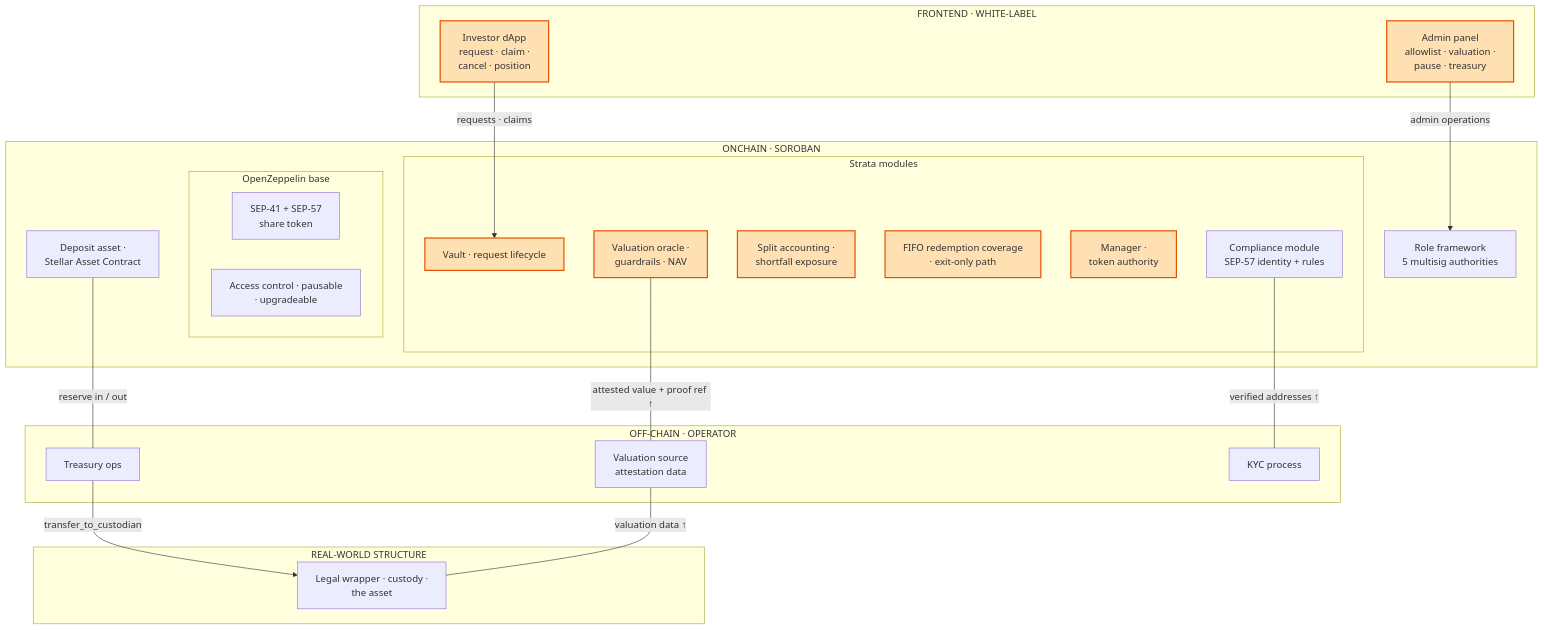
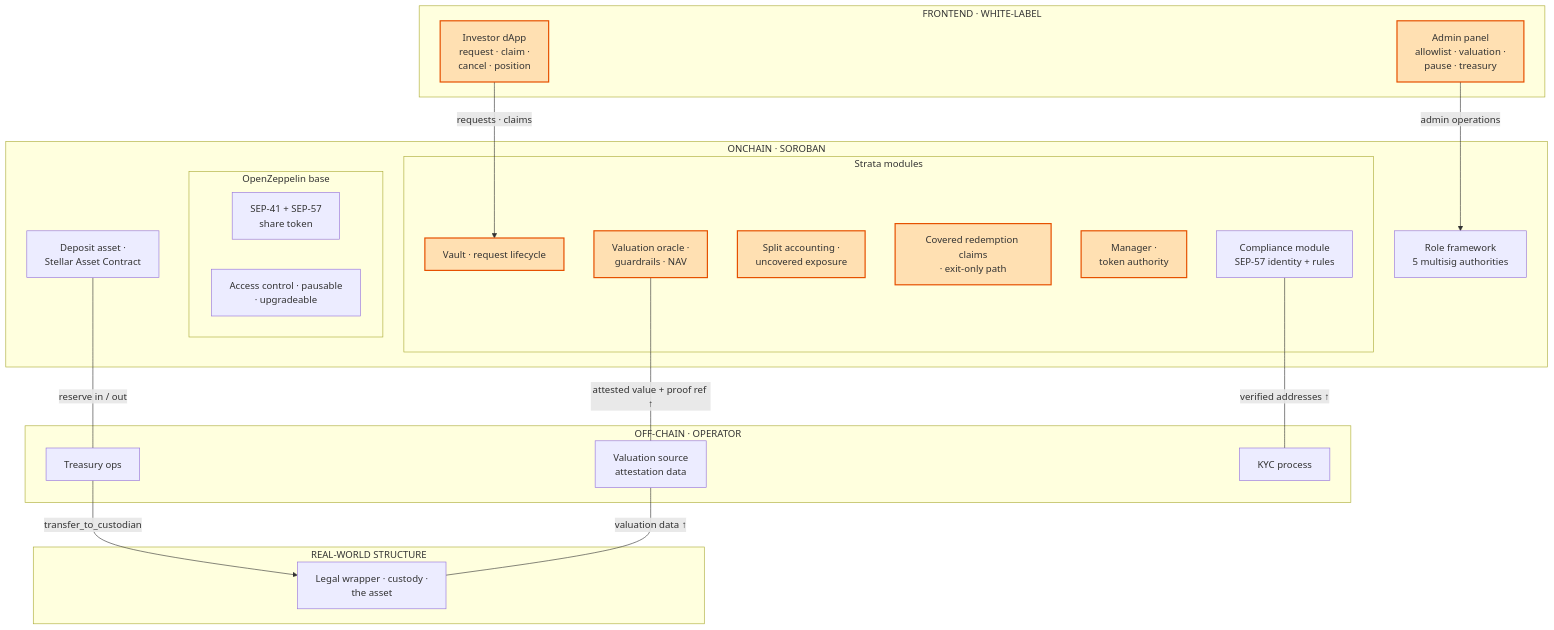
Before and after one commit to BootNodeDev/strata-vault-kit: the first of 4 diagrams in docs/architecture.md, drawn with Mermaid. The commit also changed other lines of this file and 11 other files, not shown here.

````diff
--- a/docs/architecture.md
+++ b/docs/architecture.md
@@ -74,44 +74,44 @@
 ```mermaid
 flowchart TB
     subgraph FE["FRONTEND · WHITE-LABEL"]
         LP["Investor dApp<br/>request · claim ·<br/>cancel · position"]:::strata
         ADM["Admin panel<br/>allowlist · valuation ·<br/>pause · treasury"]:::strata
     end
 
     subgraph ON["ONCHAIN · SOROBAN"]
         subgraph OZ["OpenZeppelin base"]
             ST["SEP-41 + SEP-57<br/>share token"]
             AC["Access control · pausable<br/>· upgradeable"]
         end
         SAC["Deposit asset ·<br/>Stellar Asset Contract"]
         subgraph SM["Strata modules"]
             V["Vault · request lifecycle"]:::strata
             OR["Valuation oracle ·<br/>guardrails · NAV"]:::strata
-            SA["Split accounting ·<br/>shortfall exposure"]:::strata
-            RQ["FIFO redemption coverage<br/>· exit-only path"]:::strata
+            SA["Split accounting ·<br/>uncovered exposure"]:::strata
+            RQ["Covered redemption claims<br/>· exit-only path"]:::strata
             MGR["Manager ·<br/>token authority"]:::strata
             IVC["Compliance module<br/>SEP-57 identity + rules"]
         end
         AUTH["Role framework<br/>5 multisig authorities"]
     end
 
     subgraph OFF["OFF-CHAIN · OPERATOR"]
         TR["Treasury ops"]
         VS["Valuation source<br/>attestation data"]
         KYC["KYC process"]
     end
 
     subgraph RW["REAL-WORLD STRUCTURE"]
         CU["Legal wrapper · custody ·<br/>the asset"]
     end
 
     LP -->|"requests · claims"| V
     ADM -->|"admin operations"| AUTH
     OR ---|"attested value + proof ref ↑"| VS
     IVC ---|"verified addresses ↑"| KYC
     SAC ---|"reserve in / out"| TR
     TR -->|"transfer_to_custodian"| CU
     VS ---|"valuation data ↑"| CU
 
     classDef strata fill:#FFE0B2,stroke:#E65100,stroke-width:2px
 ```
````
